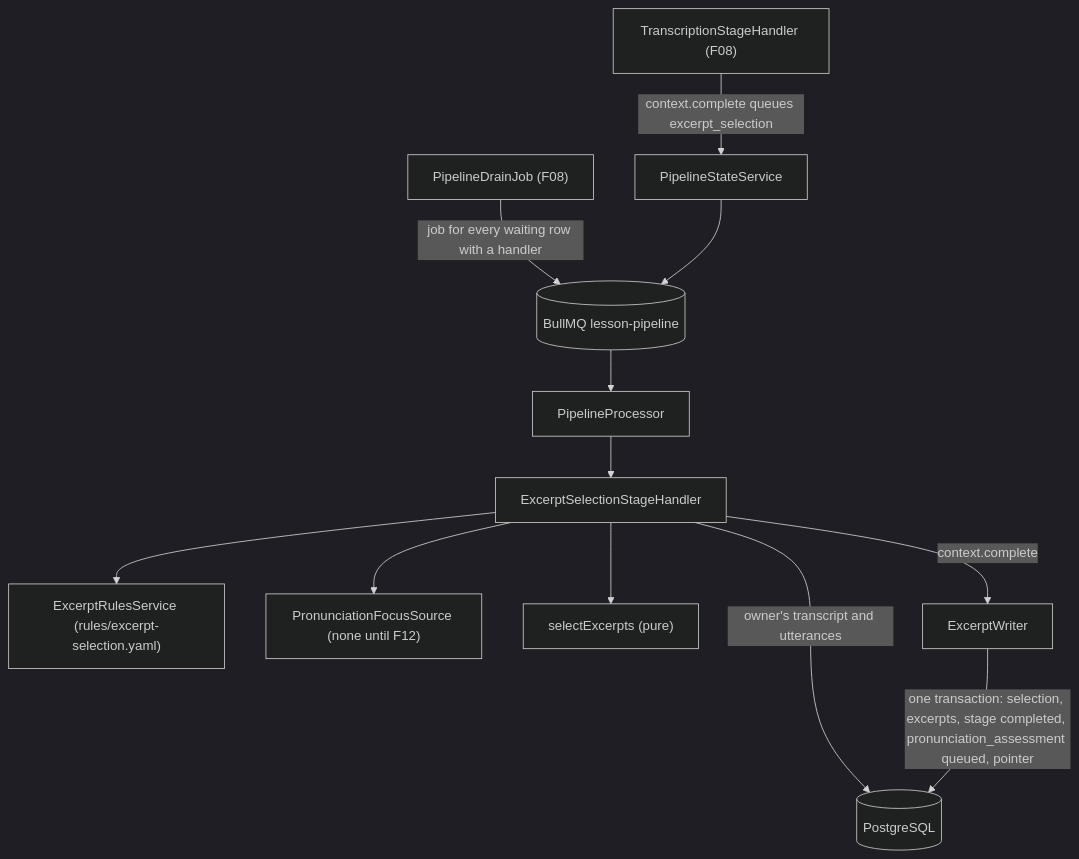
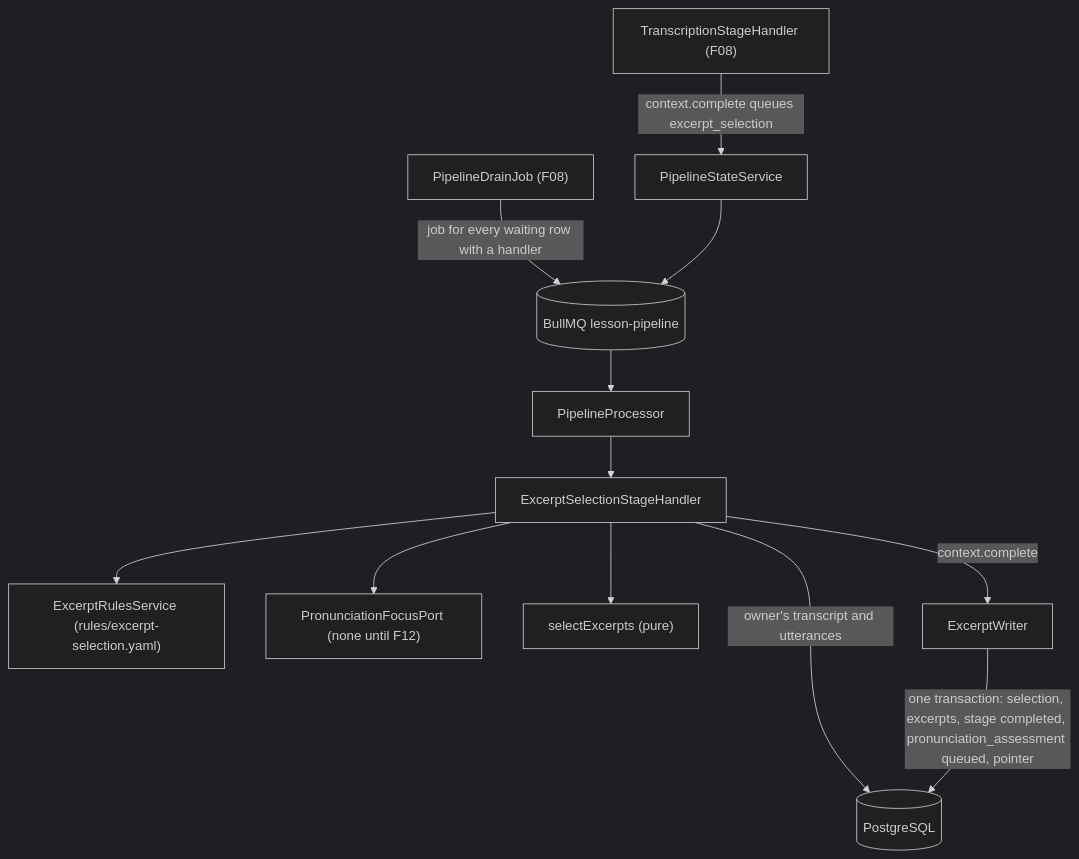
The first of 2 diagrams in docs/F09-excerpt-selection/spec.md (miguelmarques1/c1-assignment-study-project), drawn with Mermaid (dark theme) before and after one commit. The commit also changed other lines of this file and 3 other files, not shown here.

````diff
--- a/docs/F09-excerpt-selection/spec.md
+++ b/docs/F09-excerpt-selection/spec.md
@@ -89,14 +89,14 @@
 ```mermaid
 graph TD
     TX["TranscriptionStageHandler (F08)"] -->|"context.complete queues excerpt_selection"| STATE[PipelineStateService]
     DRAIN["PipelineDrainJob (F08)"] -->|"job for every waiting row with a handler"| Q
     STATE --> Q[("BullMQ lesson-pipeline")]
     Q --> PROC[PipelineProcessor]
     PROC --> H[ExcerptSelectionStageHandler]
     H -->|"owner's transcript and utterances"| DB[(PostgreSQL)]
     H --> RULES["ExcerptRulesService (rules/excerpt-selection.yaml)"]
-    H --> FOCUS["PronunciationFocusSource (none until F12)"]
+    H --> FOCUS["PronunciationFocusPort (none until F12)"]
     H --> SEL["selectExcerpts (pure)"]
     H -->|"context.complete"| W[ExcerptWriter]
     W -->|"one transaction: selection, excerpts, stage completed, pronunciation_assessment queued, pointer"| DB
 ```
````
